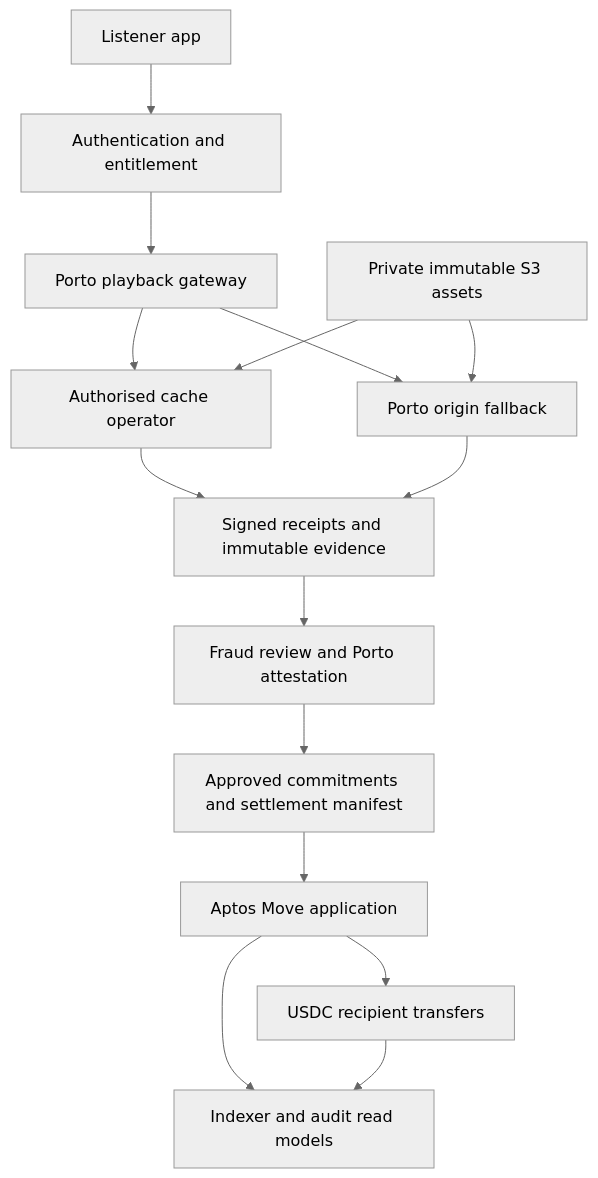
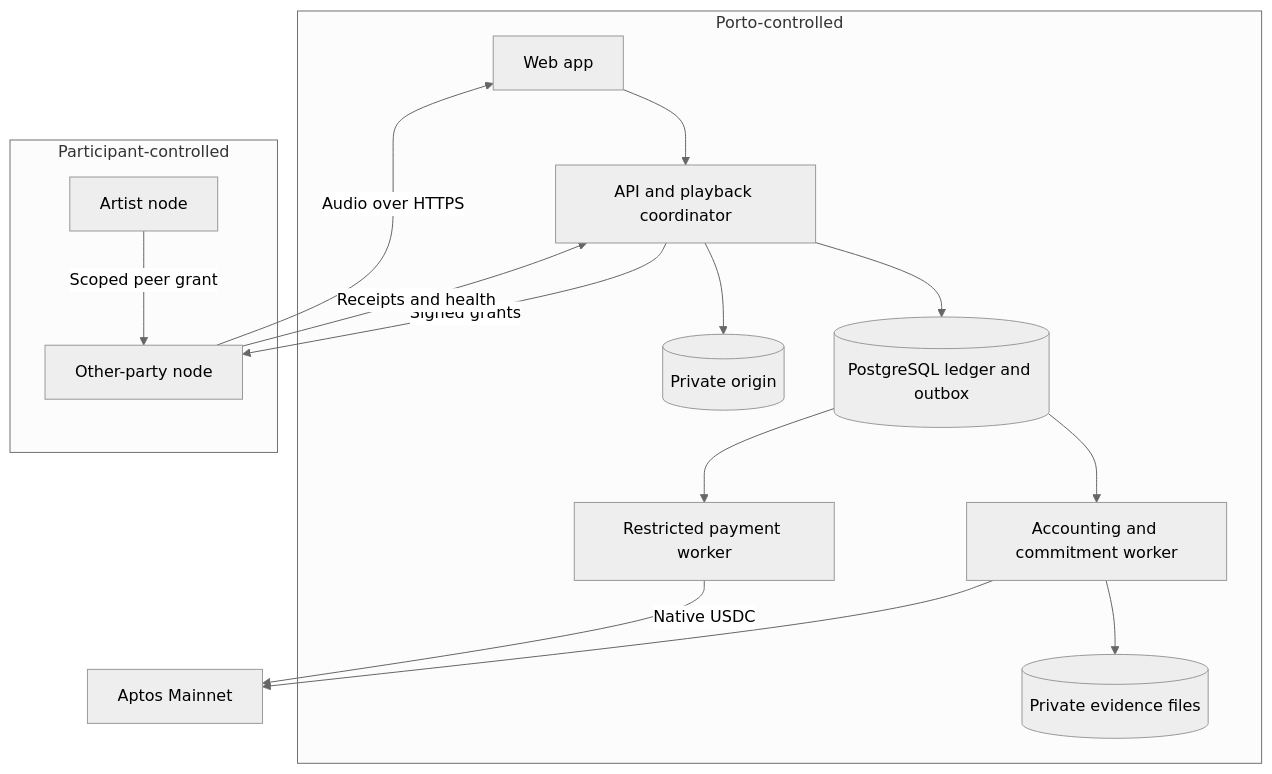
Before and after one commit to porto-labs-xyz/docs: the diagram in london-0.1.0/02-system-architecture.md, drawn with Mermaid (neutral theme). The commit also changed other lines of this file and 37 other files, not shown here.

Commit message:
Approve bounded London MVP specification with peer delivery

````diff
--- a/london-0.1.0/02-system-architecture.md
+++ b/london-0.1.0/02-system-architecture.md
@@ -11,17 +15,19 @@
 ```mermaid
-flowchart TD
-  App[Listener app] --> Auth[Authentication and entitlement]
-  Auth --> Gateway[Porto playback gateway]
-  Gateway --> Delivery[Authorised cache operator]
-  Gateway --> Origin[Porto origin fallback]
-  S3[Private immutable S3 assets] --> Delivery
-  S3 --> Origin
-  Delivery --> Evidence[Signed receipts and immutable evidence]
-  Origin --> Evidence
-  Evidence --> Fraud[Fraud review and Porto attestation]
-  Fraud --> Batch[Approved commitments and settlement manifest]
-  Batch --> Move[Aptos Move application]
-  Move --> Pay[USDC recipient transfers]
-  Move --> Index[Indexer and audit read models]
-  Pay --> Index
+flowchart TB
+  subgraph Porto[Porto-controlled]
+    UI[Web app] --> API[API and playback coordinator]
+    API --> DB[(PostgreSQL ledger and outbox)]
+    API --> OR[(Private origin)]
+    DB --> W[Accounting and commitment worker]
+    W --> EV[(Private evidence files)]
+    DB --> S[Restricted payment worker]
+  end
+  subgraph Participants[Participant-controlled]
+    A[Artist node] -->|Scoped peer grant| B[Other-party node]
+  end
+  API -->|Signed grants| B
+  B -->|Receipts and health| API
+  B -->|Audio over HTTPS| UI
+  W --> CH[Aptos Mainnet]
+  S -->|Native USDC| CH
 ```
````
